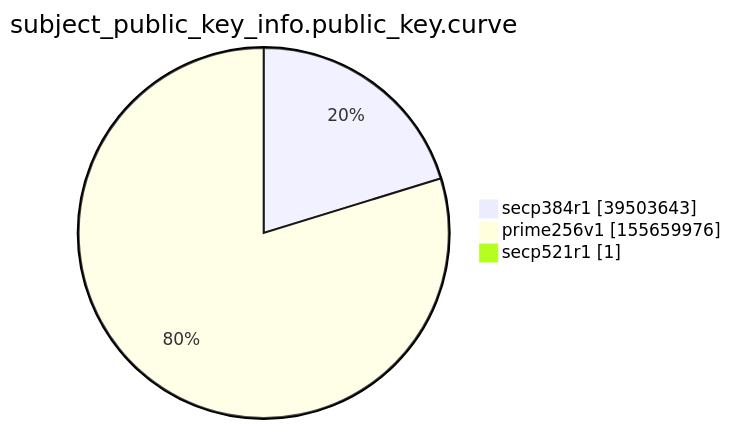
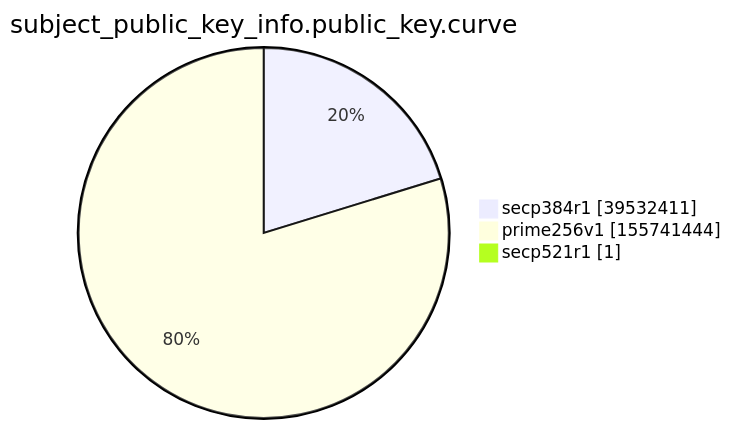
The ninth of 15 diagrams in xenon2022/README.md (christiankrug/ctmonitor_visualization), drawn with Mermaid before and after one commit. The commit also changed other lines of this file, not shown here.

````diff
--- a/xenon2022/README.md
+++ b/xenon2022/README.md
@@ -2865,7 +2865,7 @@
 ```mermaid
 pie showData
 title subject_public_key_info.public_key.curve
-"secp384r1" :39503643
-"prime256v1" :155659976
+"secp384r1" :39532411
+"prime256v1" :155741444
 "secp521r1" :1
 ```
````
